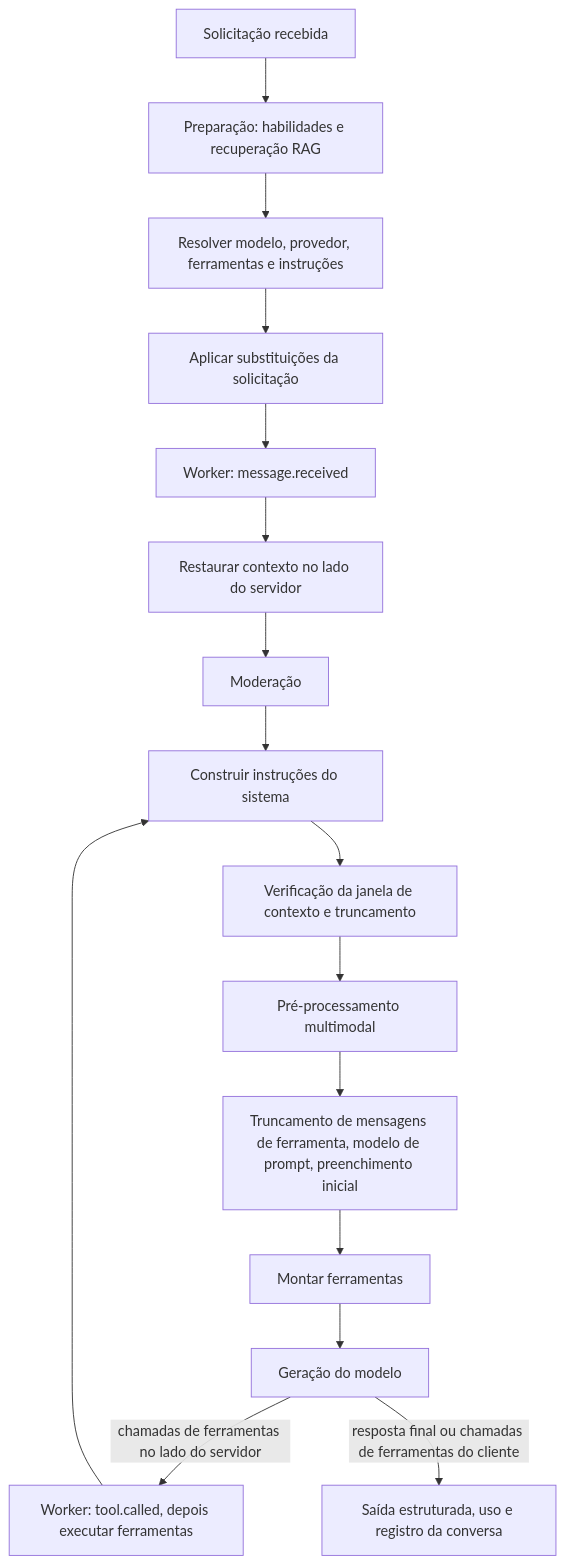
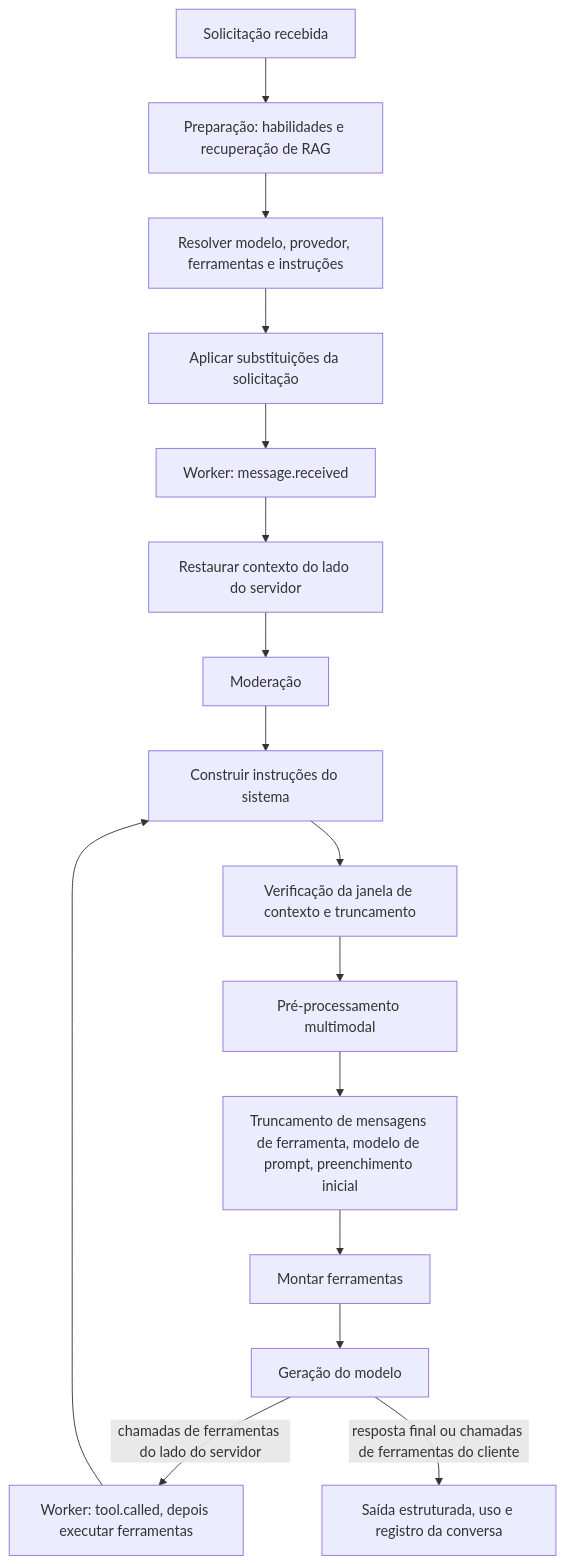
Before and after one commit to aivaxlabs/docs: the diagram in content/pt-br/docs/inference/chat-completions/processing-pipeline.md, drawn with Mermaid. The commit also changed other lines of this file and 553 other files, not shown here.

````diff
--- a/content/pt-br/docs/inference/chat-completions/processing-pipeline.md
+++ b/content/pt-br/docs/inference/chat-completions/processing-pipeline.md
@@ -13,18 +13,18 @@
 ```mermaid
 flowchart TD
-    A[Solicitação recebida] --> B[Preparação: habilidades e recuperação RAG]
+    A[Solicitação recebida] --> B[Preparação: habilidades e recuperação de RAG]
     B --> C[Resolver modelo, provedor, ferramentas e instruções]
     C --> D[Aplicar substituições da solicitação]
     D --> E[Worker: message.received]
-    E --> F[Restaurar contexto no lado do servidor]
+    E --> F[Restaurar contexto do lado do servidor]
     F --> G[Moderação]
     G --> H[Construir instruções do sistema]
     H --> I[Verificação da janela de contexto e truncamento]
     I --> J[Pré-processamento multimodal]
     J --> K[Truncamento de mensagens de ferramenta, modelo de prompt, preenchimento inicial]
     K --> L[Montar ferramentas]
     L --> M[Geração do modelo]
-    M -->|chamadas de ferramentas no lado do servidor| N[Worker: tool.called, depois executar ferramentas]
+    M -->|chamadas de ferramentas do lado do servidor| N[Worker: tool.called, depois executar ferramentas]
     N --> H
     M -->|resposta final ou chamadas de ferramentas do cliente| O[Saída estruturada, uso e registro da conversa]
 ```
````
